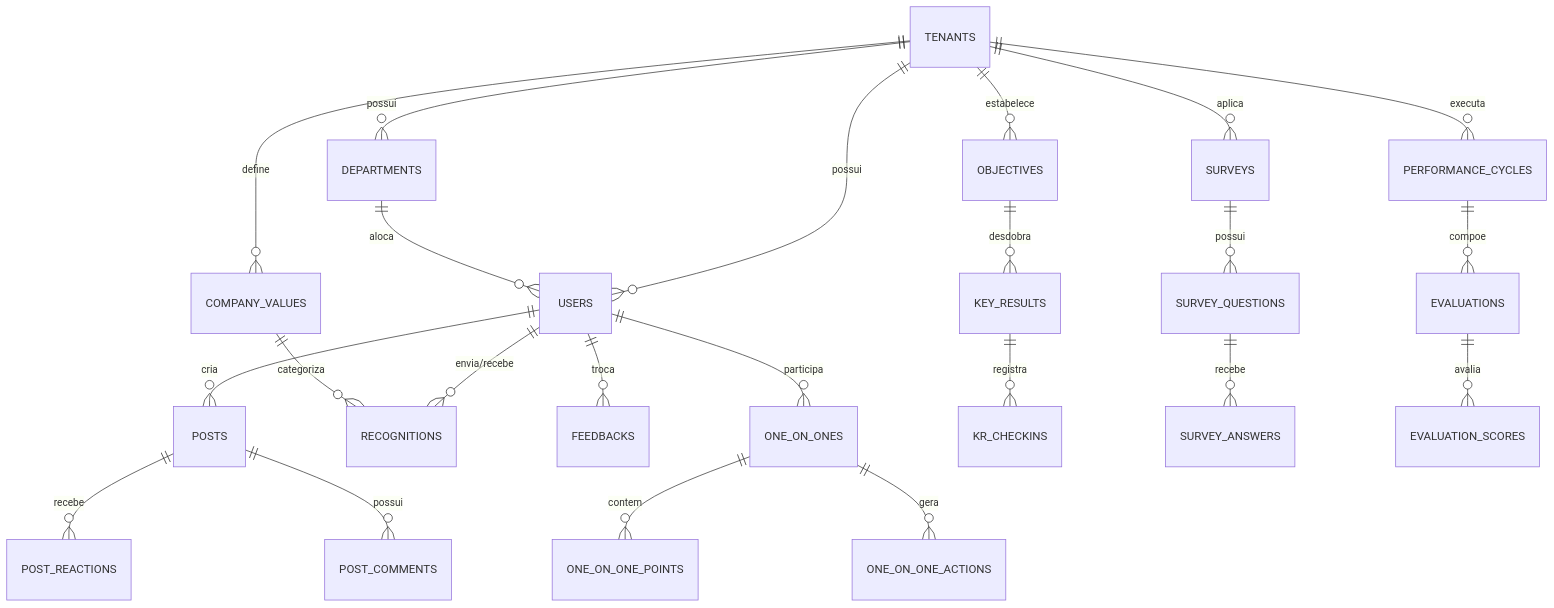
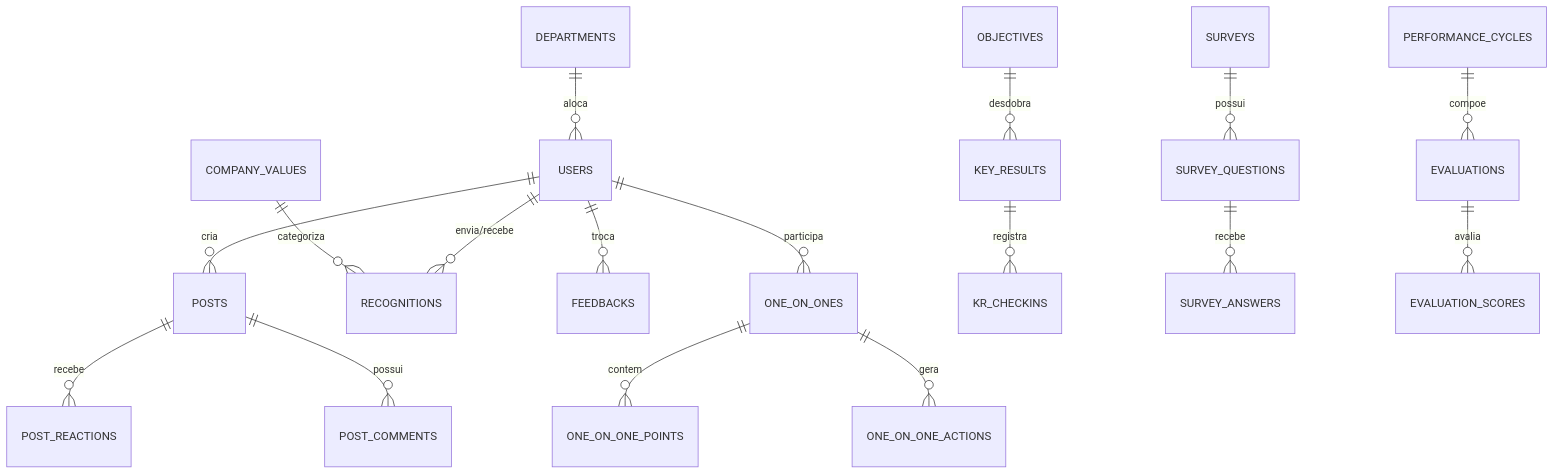
One commit to pacmanalx/socialtool-rh changed the diagram in docs/04-modelo-dados-mysql.md. Above: the diagram before and after it, drawn with Mermaid. The commit also changed other lines of this file and 71 other files, not shown here.

````diff
--- a/docs/04-modelo-dados-mysql.md
+++ b/docs/04-modelo-dados-mysql.md
@@ -13,31 +13,25 @@
 ```mermaid
 erDiagram
-    TENANTS ||--o{ USERS : "possui"
-    TENANTS ||--o{ DEPARTMENTS : "possui"
-    TENANTS ||--o{ COMPANY_VALUES : "define"
     DEPARTMENTS ||--o{ USERS : "aloca"
 
     USERS ||--o{ POSTS : "cria"
     POSTS ||--o{ POST_REACTIONS : "recebe"
     POSTS ||--o{ POST_COMMENTS : "possui"
 
     USERS ||--o{ RECOGNITIONS : "envia/recebe"
     COMPANY_VALUES ||--o{ RECOGNITIONS : "categoriza"
 
     USERS ||--o{ FEEDBACKS : "troca"
     USERS ||--o{ ONE_ON_ONES : "participa"
     ONE_ON_ONES ||--o{ ONE_ON_ONE_POINTS : "contem"
     ONE_ON_ONES ||--o{ ONE_ON_ONE_ACTIONS : "gera"
 
-    TENANTS ||--o{ OBJECTIVES : "estabelece"
     OBJECTIVES ||--o{ KEY_RESULTS : "desdobra"
     KEY_RESULTS ||--o{ KR_CHECKINS : "registra"
 
-    TENANTS ||--o{ SURVEYS : "aplica"
     SURVEYS ||--o{ SURVEY_QUESTIONS : "possui"
     SURVEY_QUESTIONS ||--o{ SURVEY_ANSWERS : "recebe"
 
-    TENANTS ||--o{ PERFORMANCE_CYCLES : "executa"
     PERFORMANCE_CYCLES ||--o{ EVALUATIONS : "compoe"
     EVALUATIONS ||--o{ EVALUATION_SCORES : "avalia"
 ```
````
